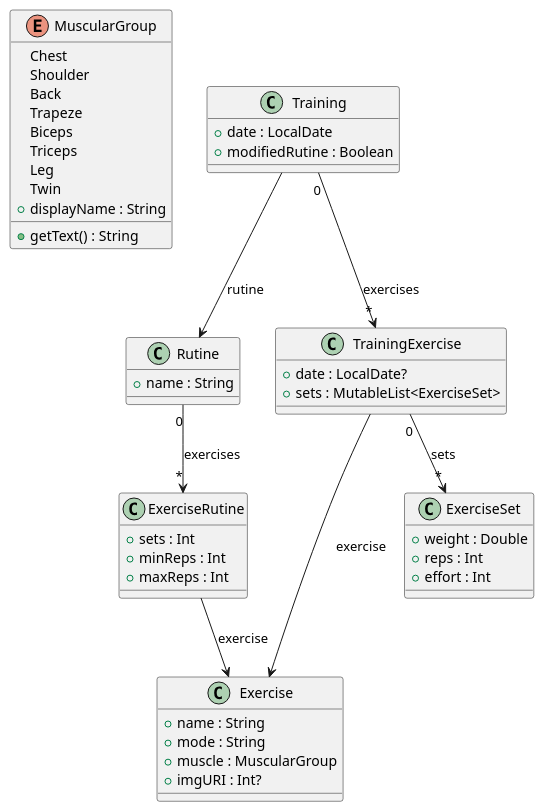
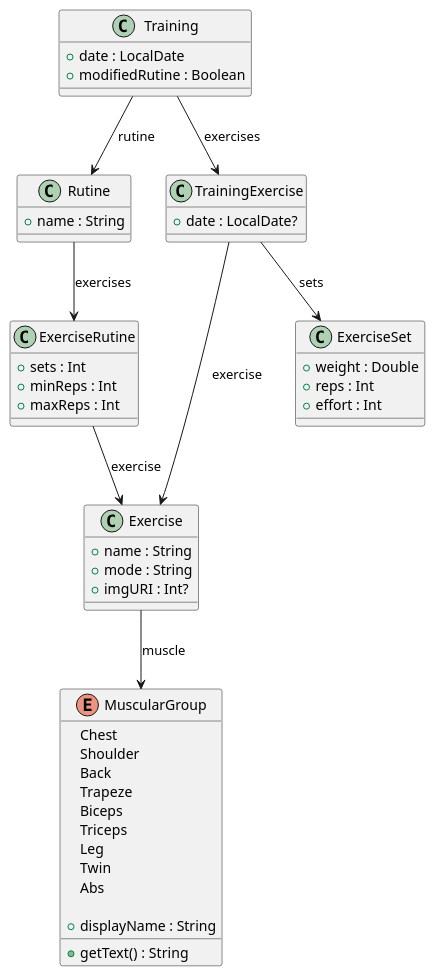
Before and after one commit to pablolanderas/GimApp: the diagram in Doc/domain.puml, drawn with PlantUML.

Commit message:
Update UML

```diff
--- a/Doc/domain.puml
+++ b/Doc/domain.puml
@@ -1,64 +1,58 @@
 @startuml
 
-' Enum class MuscularGroup with display name property
-enum MuscularGroup {
-    Chest
-    Shoulder
-    Back
-    Trapeze
-    Biceps
-    Triceps
-    Leg
-    Twin
-    + displayName : String
-    + getText() : String
+enum MuscularGroup{
+   Chest
+   Shoulder
+   Back
+   Trapeze
+   Biceps
+   Triceps
+   Leg
+   Twin
+   Abs
+
+  + displayName : String
+
+  + getText() : String
 }
 
-' Class Exercise with properties and association to MuscularGroup
 class Exercise {
     + name : String
     + mode : String
-    + muscle : MuscularGroup
     + imgURI : Int?
 }
 
-' Class ExerciseRutine with association to Exercise
 class ExerciseRutine {
     + sets : Int
     + minReps : Int
     + maxReps : Int
 }
 
-' Class Rutine with association to ExerciseRutine
 class Rutine {
     + name : String
 }
 
-' Class ExerciseSet with weight, reps, and effort properties
 class ExerciseSet {
     + weight : Double
     + reps : Int
     + effort : Int
 }
 
-' Class TrainingExercise with association to Exercise and ExerciseSet
 class TrainingExercise {
     + date : LocalDate?
-    + sets : MutableList<ExerciseSet>
 }
 
-' Class Training with association to TrainingExercise
 class Training {
     + date : LocalDate
     + modifiedRutine : Boolean
 }
 
-' Associations between classes
+Exercise --> MuscularGroup : muscle
 ExerciseRutine --> Exercise : exercise
-Rutine "0" --> "*" ExerciseRutine : exercises
+Rutine --> ExerciseRutine : exercises
 TrainingExercise --> Exercise : exercise
-TrainingExercise "0" --> "*" ExerciseSet : sets
-Training "0" --> "*" TrainingExercise : exercises
-Training --> Rutine: rutine
+TrainingExercise --> ExerciseSet : sets
+Training --> TrainingExercise : exercises
+Training --> Rutine : rutine
 
 @enduml
```
